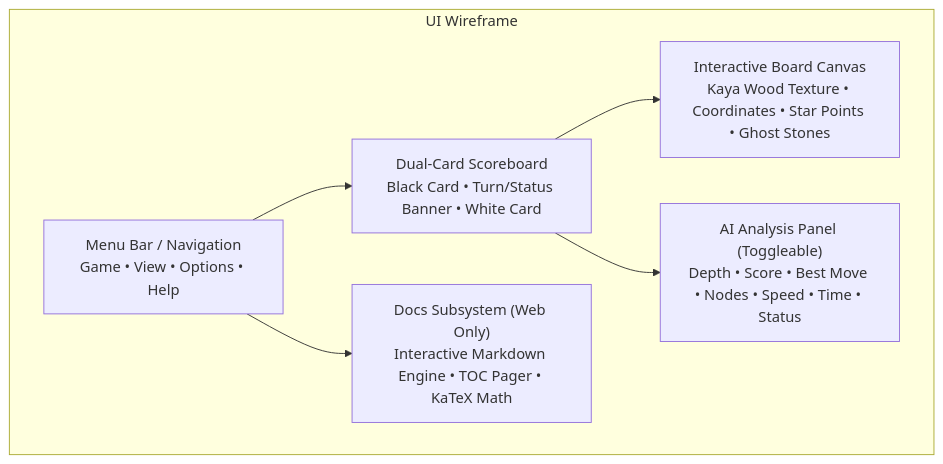
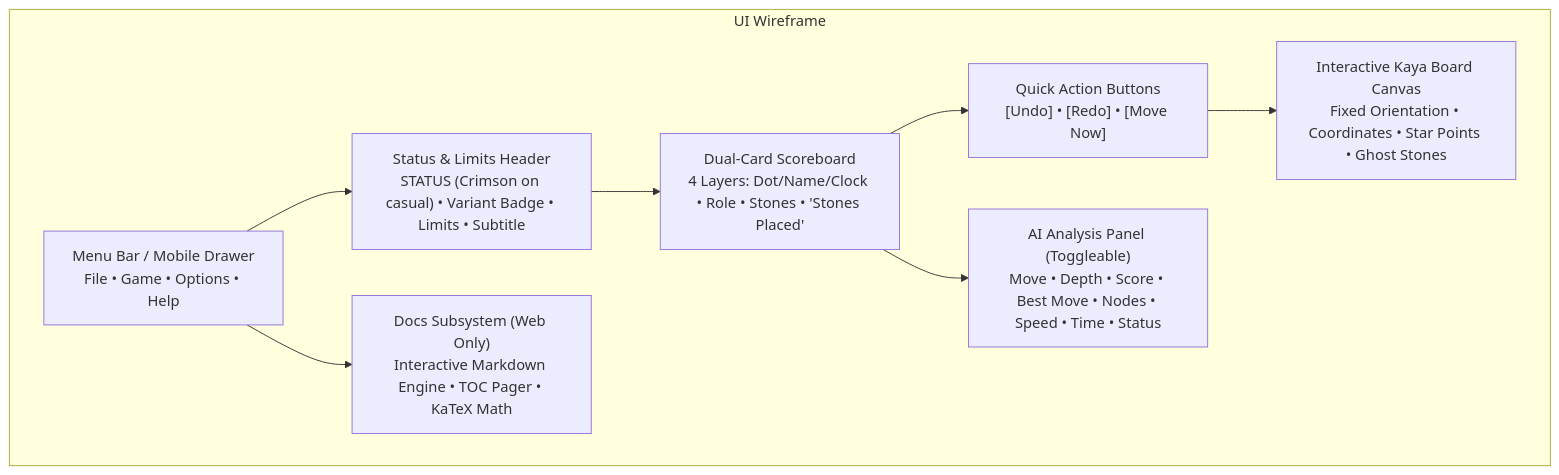
One commit to cjp-dev/Gomoku changed the diagram in docs/brain/13-ui-clients.md. Above: the diagram before and after it, drawn with Mermaid. The commit also changed other lines of this file and 7 other files, not shown here.

````diff
--- a/docs/brain/13-ui-clients.md
+++ b/docs/brain/13-ui-clients.md
@@ -19,15 +19,19 @@
 ```mermaid
 graph TD
     subgraph UI Wireframe
-        TopBar["Menu Bar / Navigation<br/>Game • View • Options • Help"]
-        Scoreboard["Dual-Card Scoreboard<br/>Black Card • Turn/Status Banner • White Card"]
-        Board["Interactive Board Canvas<br/>Kaya Wood Texture • Coordinates • Star Points • Ghost Stones"]
-        Analysis["AI Analysis Panel (Toggleable)<br/>Depth • Score • Best Move • Nodes • Speed • Time • Status"]
+        TopBar["Menu Bar / Mobile Drawer<br/>File • Game • Options • Help"]
+        StatusHeader["Status &amp; Limits Header<br/>STATUS (Crimson on casual) • Variant Badge • Limits • Subtitle"]
+        Scoreboard["Dual-Card Scoreboard<br/>4 Layers: Dot/Name/Clock • Role • Stones • 'Stones Placed'"]
+        QuickActions["Quick Action Buttons<br/>[Undo] • [Redo] • [Move Now]"]
+        Board["Interactive Kaya Board Canvas<br/>Fixed Orientation • Coordinates • Star Points • Ghost Stones"]
+        Analysis["AI Analysis Panel (Toggleable)<br/>Move • Depth • Score • Best Move • Nodes • Speed • Time • Status"]
         DocViewer["Docs Subsystem (Web Only)<br/>Interactive Markdown Engine • TOC Pager • KaTeX Math"]
     end
 
-    TopBar --> Scoreboard
-    Scoreboard --> Board
+    TopBar --> StatusHeader
+    StatusHeader --> Scoreboard
+    Scoreboard --> QuickActions
+    QuickActions --> Board
     Scoreboard --> Analysis
     TopBar --> DocViewer
 ```
````
